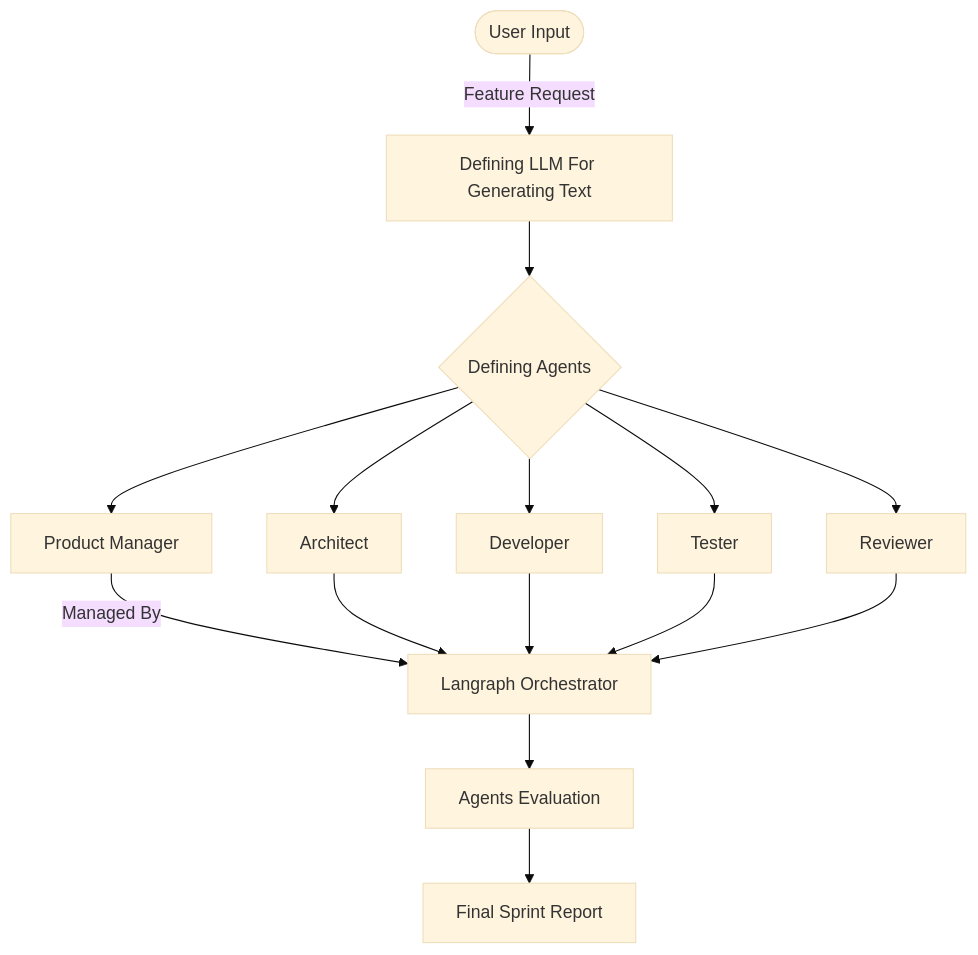
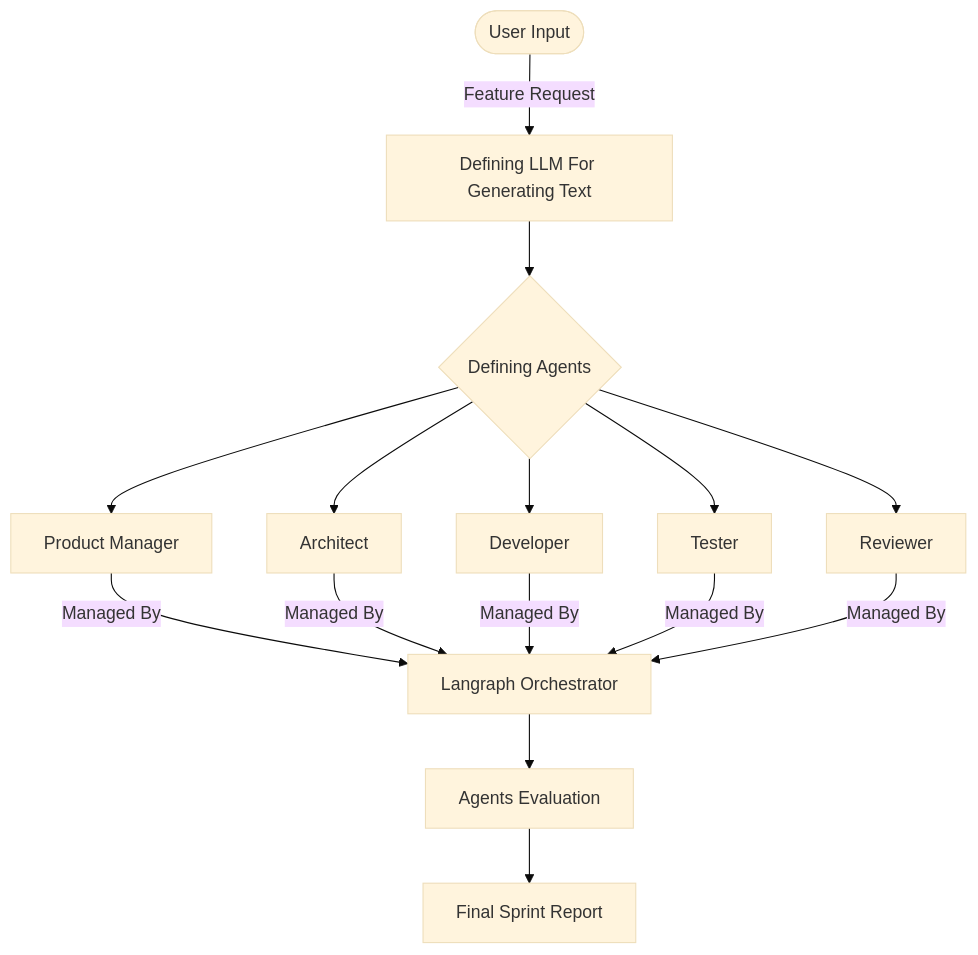
One commit to Akarsh1/Autonomous-Software-Engineering-Sprint-Assistant changed the diagram in README.md. Above: the diagram before and after it, drawn with Mermaid (base theme).

````diff
--- a/README.md
+++ b/README.md
@@ -5,18 +5,18 @@
 ```mermaid
 flowchart TD;
         A(["User Input"])
         A --> |Feature Request| B["Defining LLM For Generating Text"]
         B --> C{"Defining Agents"}
         C --> D["Product Manager"]
         C --> E["Architect"]
         C --> F["Developer"]
         C --> G["Tester"]
         C --> H["Reviewer"]
         D --> |Managed By| I["Langraph Orchestrator"]
-        E --> I["Langraph Orchestrator"]
-        F --> I["Langraph Orchestrator"]
-        G --> I["Langraph Orchestrator"]
-        H --> I["Langraph Orchestrator"]
+        E --> |Managed By| I["Langraph Orchestrator"]
+        F --> |Managed By| I["Langraph Orchestrator"]
+        G --> |Managed By| I["Langraph Orchestrator"]
+        H --> |Managed By| I["Langraph Orchestrator"]
         I --> J["Agents Evaluation"]
         J --> K["Final Sprint Report"]
 ```
````
